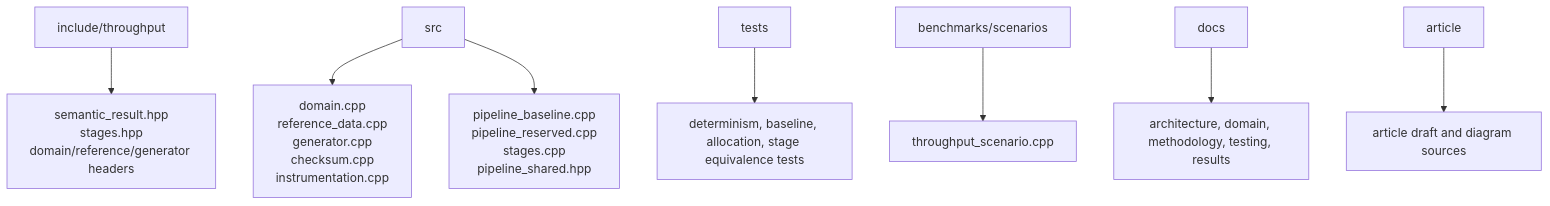
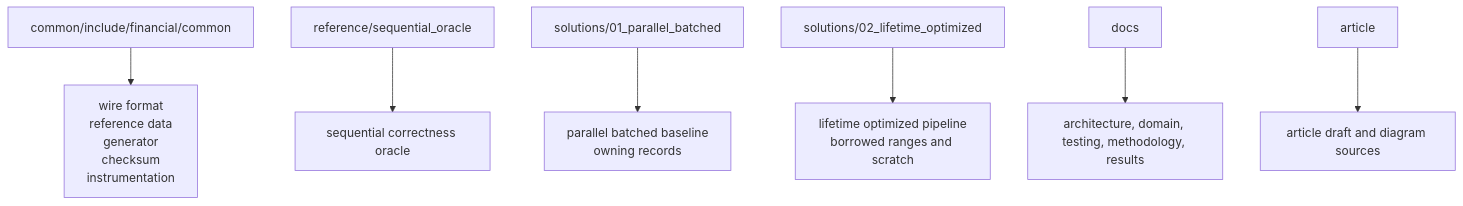
Before and after one commit to sergiorf/throughput-cpp-lab: the first of 4 diagrams in docs/software-architecture.md, drawn with Mermaid. The commit also changed other lines of this file and 69 other files, not shown here.

````diff
--- a/docs/software-architecture.md
+++ b/docs/software-architecture.md
@@ -7,17 +7,16 @@
 ```mermaid
 flowchart TB
-    include[include/throughput]
-    src[src]
-    tests[tests]
-    benches[benchmarks/scenarios]
+    common[common/include/financial/common]
+    oracle[reference/sequential_oracle]
+    batched[solutions/01_parallel_batched]
+    optimized[solutions/02_lifetime_optimized]
     docs[docs]
     article[article]
 
-    include --> semantic[semantic_result.hpp<br/>stages.hpp<br/>domain/reference/generator headers]
-    src --> core[domain.cpp<br/>reference_data.cpp<br/>generator.cpp<br/>checksum.cpp<br/>instrumentation.cpp]
-    src --> stages[pipeline_baseline.cpp<br/>pipeline_reserved.cpp<br/>stages.cpp<br/>pipeline_shared.hpp]
-    tests --> equivalence[determinism, baseline, allocation, stage equivalence tests]
-    benches --> scenario[throughput_scenario.cpp]
-    docs --> method[architecture, domain, methodology, testing, results]
+    common --> contracts[wire format<br/>reference data<br/>generator<br/>checksum<br/>instrumentation]
+    oracle --> oracle_arch[sequential correctness oracle]
+    batched --> batched_arch[parallel batched baseline<br/>owning records]
+    optimized --> optimized_arch[lifetime optimized pipeline<br/>borrowed ranges and scratch]
+    docs --> method[architecture, domain, testing, methodology, results]
     article --> draft[article draft and diagram sources]
 ```
````
